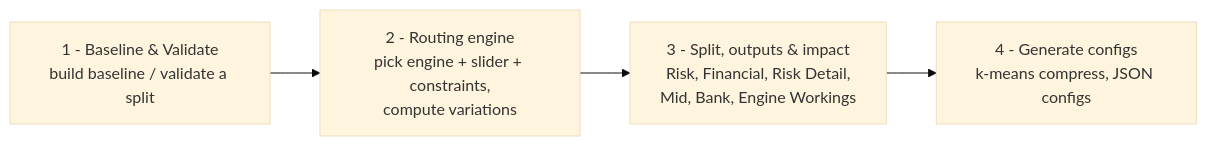
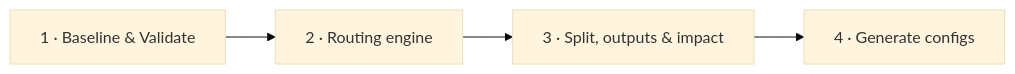
The third of 4 diagrams in README.md (BenCookTS1996/mid-split-interface), drawn with Mermaid (base theme) before and after one commit. The commit also changed other lines of this file and 21 other files, not shown here.

````diff
--- a/README.md
+++ b/README.md
@@ -160,8 +118,8 @@
 ```mermaid
 flowchart LR
-    T1["1 - Baseline & Validate<br/>build baseline / validate a split"]
-    T2["2 - Routing engine<br/>pick engine + slider + constraints,<br/>compute variations"]
-    T3["3 - Split, outputs & impact<br/>Risk, Financial, Risk Detail,<br/>Mid, Bank, Engine Workings"]
-    T4["4 - Generate configs<br/>k-means compress, JSON configs"]
+    T1["1 · Baseline & Validate"]
+    T2["2 · Routing engine"]
+    T3["3 · Split, outputs & impact"]
+    T4["4 · Generate configs"]
     T1 --> T2 --> T3 --> T4
 ```
````
